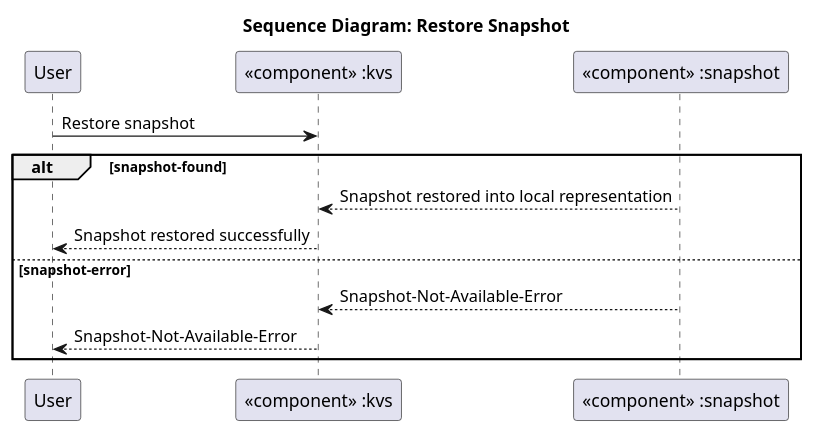
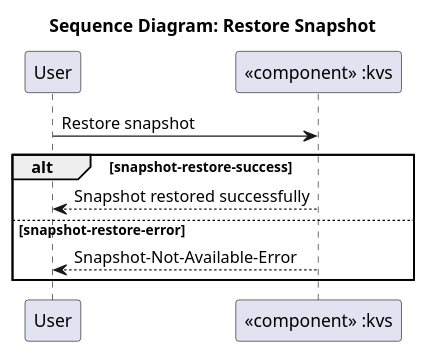
The diagram in docs/features/persistency/kvs/architecture/_assets/kvs_dyn_restore_snapshot.puml (umaucher/score), drawn with PlantUML before and after one commit. The commit also changed 4 other files, not shown here.

Commit message:
persistency_kvs: synced components in feature architecture

```diff
--- a/docs/features/persistency/kvs/architecture/_assets/kvs_dyn_restore_snapshot.puml
+++ b/docs/features/persistency/kvs/architecture/_assets/kvs_dyn_restore_snapshot.puml
@@ -1,19 +1,16 @@
 @startuml
 
 title Sequence Diagram: Restore Snapshot
 
 participant "User" as actor
 participant "«component» :kvs" as kvs
-participant "«component» :snapshot" as snapshot
 
 actor -> kvs: Restore snapshot
 
-alt snapshot-found
-    snapshot --> kvs: Snapshot restored into local representation
+alt snapshot-restore-success
     kvs --> actor: Snapshot restored successfully
-else snapshot-error
-    snapshot --> kvs: Snapshot-Not-Available-Error
+else snapshot-restore-error
     kvs --> actor: Snapshot-Not-Available-Error
 end
 
 @enduml
```
